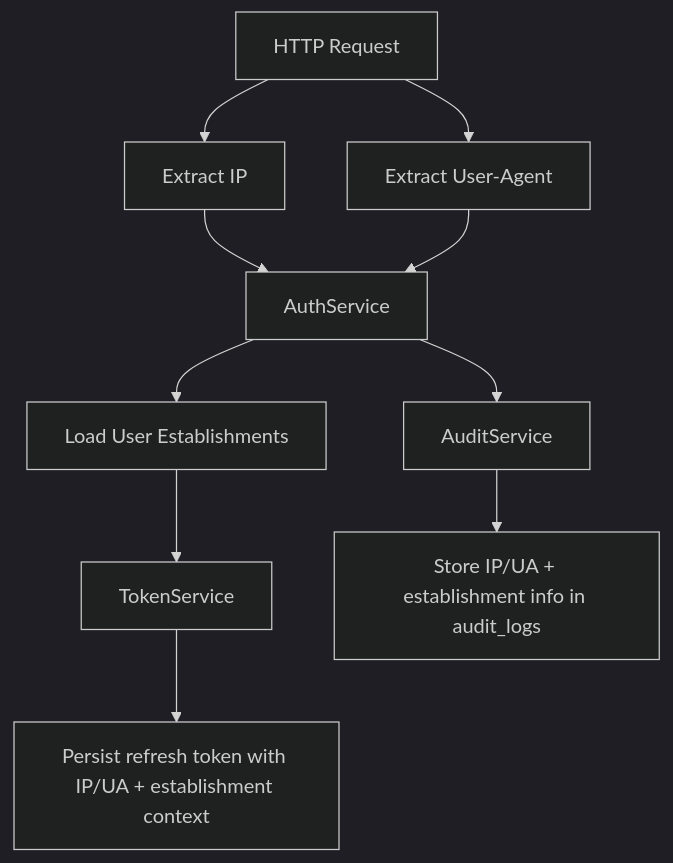
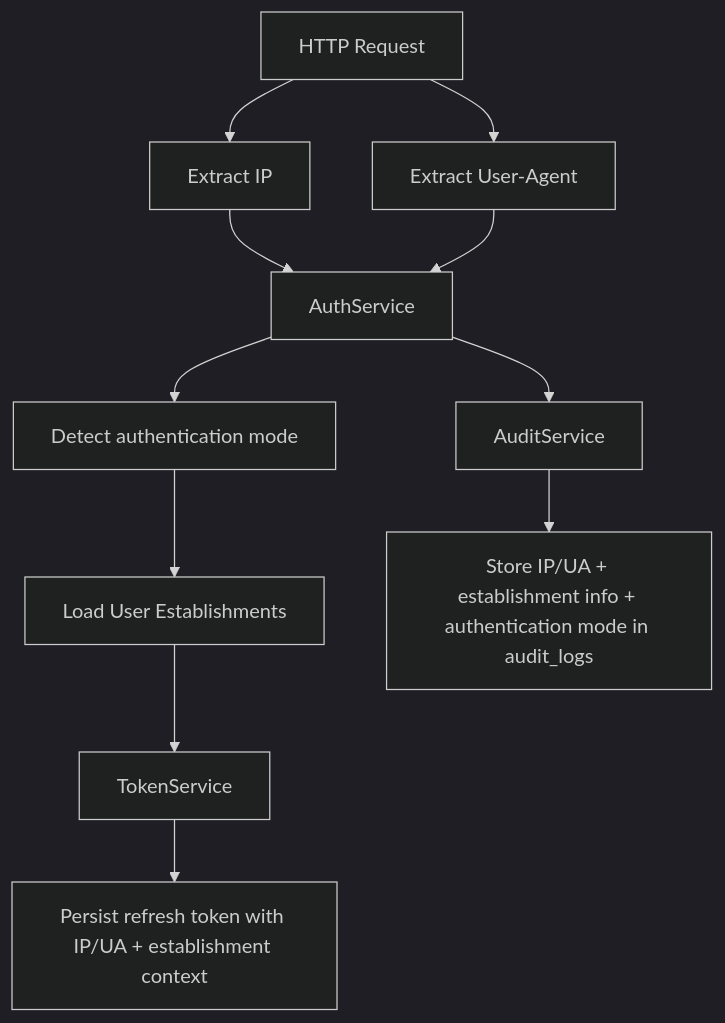
The ninth of 11 diagrams in .qoder/repowiki/en/content/Authentication & Authorization/Authentication Flow.md (franckylab/eLISAschool), drawn with Mermaid (dark theme) before and after one commit. The commit also changed other lines of this file and 151 other files, not shown here.

````diff
--- a/.qoder/repowiki/en/content/Authentication & Authorization/Authentication Flow.md
+++ b/.qoder/repowiki/en/content/Authentication & Authorization/Authentication Flow.md
@@ -437,12 +728,13 @@
 ```mermaid
 flowchart TD
 Req["HTTP Request"] --> IP["Extract IP"]
 Req --> UA["Extract User-Agent"]
 IP --> Svc["AuthService"]
 UA --> Svc
-Svc --> LoadEst["Load User Establishments"]
+Svc --> DetectMode["Detect authentication mode"]
+DetectMode --> LoadEst["Load User Establishments"]
 LoadEst --> Tok["TokenService"]
 Tok --> Store["Persist refresh token with IP/UA + establishment context"]
 Svc --> Aud["AuditService"]
-Aud --> Log["Store IP/UA + establishment info in audit_logs"]
+Aud --> Log["Store IP/UA + establishment info + authentication mode in audit_logs"]
 ```
````
